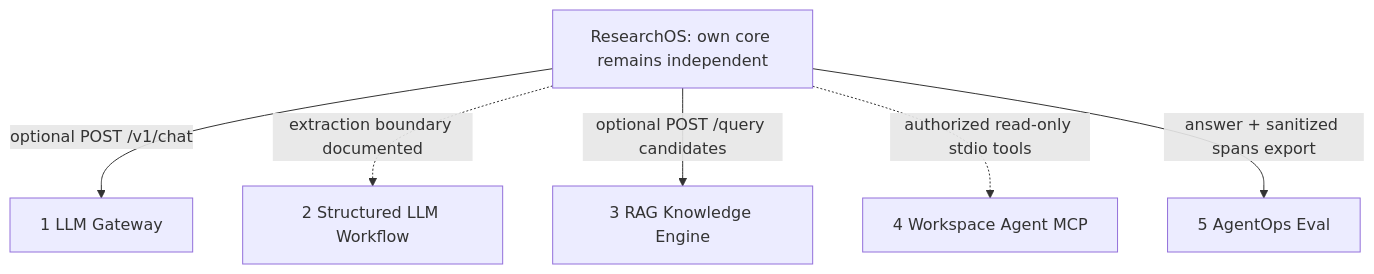
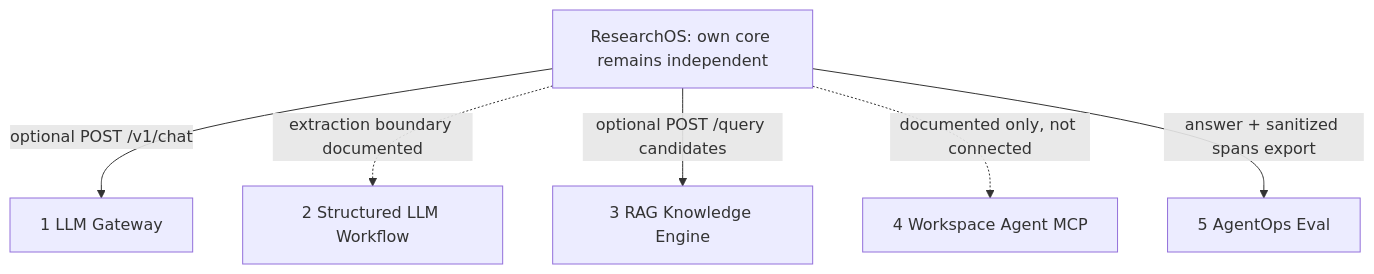
One commit to FouHe0720/deep-research-agent changed the second of 2 diagrams in docs/ARCHITECTURE.md. Above: the diagram before and after it, drawn with Mermaid. The commit also changed 2 other files, not shown here.

Commit message:
docs: record public release and successful remote acceptance checks

````diff
--- a/docs/ARCHITECTURE.md
+++ b/docs/ARCHITECTURE.md
@@ -85,9 +85,9 @@
 ```mermaid
 flowchart TD
     D[ResearchOS: own core remains independent]
     D -->|optional POST /v1/chat| G[1 LLM Gateway]
     D -. extraction boundary documented .-> W[2 Structured LLM Workflow]
     D -->|optional POST /query candidates| R[3 RAG Knowledge Engine]
-    D -. authorized read-only stdio tools .-> M[4 Workspace Agent MCP]
+    D -. documented only, not connected .-> M[4 Workspace Agent MCP]
     D -->|answer + sanitized spans export| E[5 AgentOps Eval]
 ```
````
